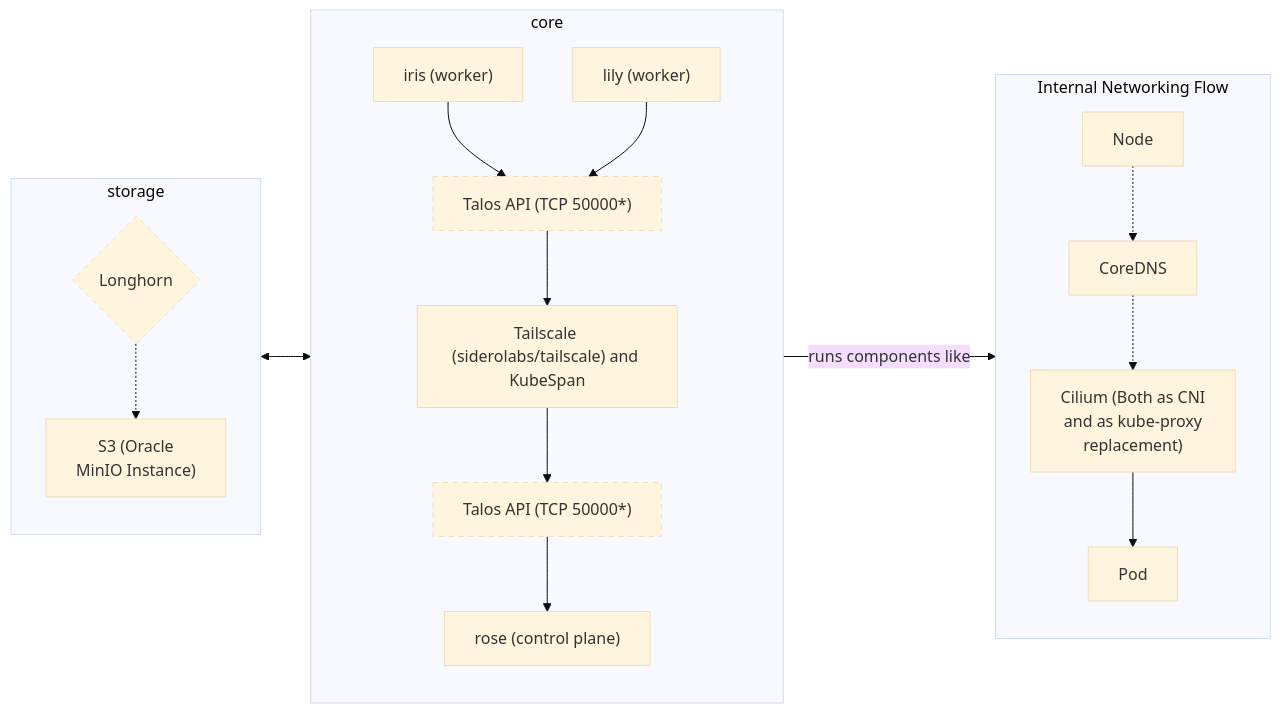
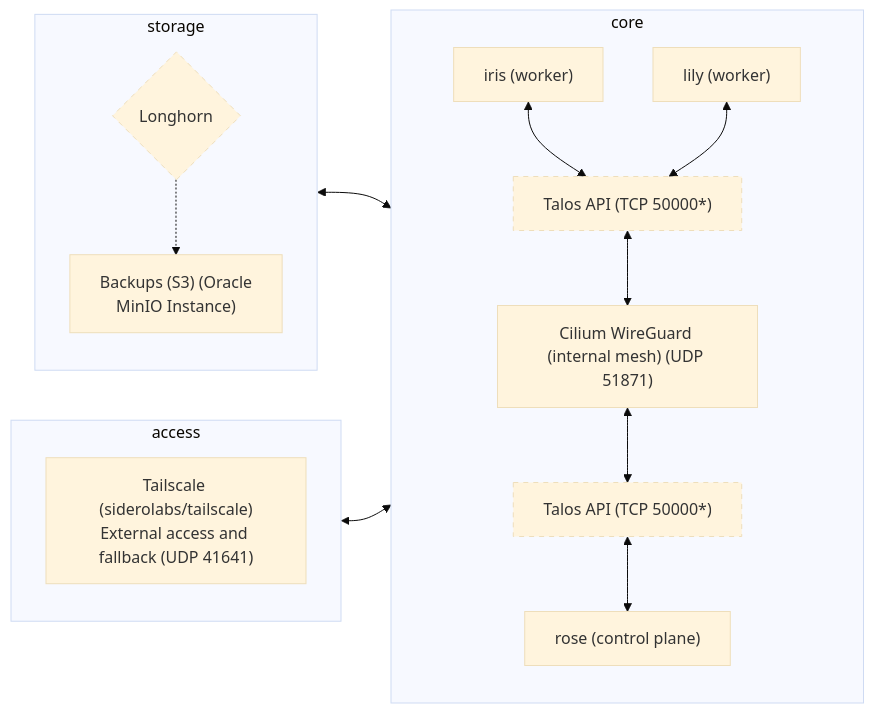
Before and after one commit to bouquet2/bouquet2: the diagram in README.md, drawn with Mermaid (base theme).

Commit message:
README.md (chore): Update System Architecture with the recent architectural changes

````diff
--- a/README.md
+++ b/README.md
@@ -90,53 +90,36 @@
 ```mermaid
 graph LR
     classDef dashed stroke-dasharray: 5 5, stroke-width:1px
-    %% User Context:
-    %% 1. [2025-04-10]. User knows Ansible
-    %% - All nodes run Talos Linux
-    %% - Will be multi-cloud
-    %% - Will be expandable
-    %% - hopefully be reproducible (fingers crossed)
-    %% - velero might not happen depends on my wallet idk
 
     subgraph Core [core]
         direction TB
         core_rose["rose (control plane)"]
         core_talos_api_up["Talos API (TCP 50000*)"]:::dashed
-        core_tailscale["Tailscale (siderolabs/tailscale) and KubeSpan"]
+        core_cilium_wireguard["Cilium WireGuard (internal mesh) (UDP 51871)"]
         core_talos_api_down["Talos API (TCP 50000*)"]:::dashed
         core_iris["iris (worker)"]
         core_lily["lily (worker)"]
-        core_iris --> core_talos_api_down
-        core_lily --> core_talos_api_down
-        core_talos_api_down --> core_tailscale
-        core_tailscale --> core_talos_api_up
-        core_talos_api_up --> core_rose
+        core_iris <--> core_talos_api_down
+        core_lily <--> core_talos_api_down
+        core_talos_api_down <--> core_cilium_wireguard
+        core_cilium_wireguard <--> core_talos_api_up
+        core_talos_api_up <--> core_rose
+    end
+
+    subgraph Access [access]
+        direction TB
+        ext_tailscale["Tailscale (siderolabs/tailscale)<br>External access and fallback (UDP 41641)"]
     end
 
     subgraph Storage [storage]
         direction TB
         storage_longhorn{"Longhorn"}:::dashed
         %% Kept Longhorn as per original chart text
-        storage_s3["S3 (Oracle<br>MinIO Instance)"]
+        storage_s3["Backups (S3) (Oracle<br>MinIO Instance)"]
         storage_longhorn -.-> storage_s3
-    end
-
-
-    subgraph InternalNetworking [Internal Networking Flow]
-        direction TB
-        int_net_node[Node]
-        int_net_coredns[CoreDNS]
-        int_net_cilium["Cilium (Both as CNI<br>and as kube-proxy<br>replacement)"]
-        int_net_pod[Pod]
-        %% Use dashed lines for first two hops as in the source image
-        int_net_node -.-> int_net_coredns
-        int_net_coredns -.-> int_net_cilium
-        %% Use solid line for the last hop as in the source image
-        int_net_cilium --> int_net_pod
     end
 
     %% Connections between subgraphs
     Storage <--> Core
-    %% Show that Internal Networking runs *within* the Core nodes and relates to Pods
-    Core -- "runs components like" --> InternalNetworking
+    Access <--> Core
 ```
````
